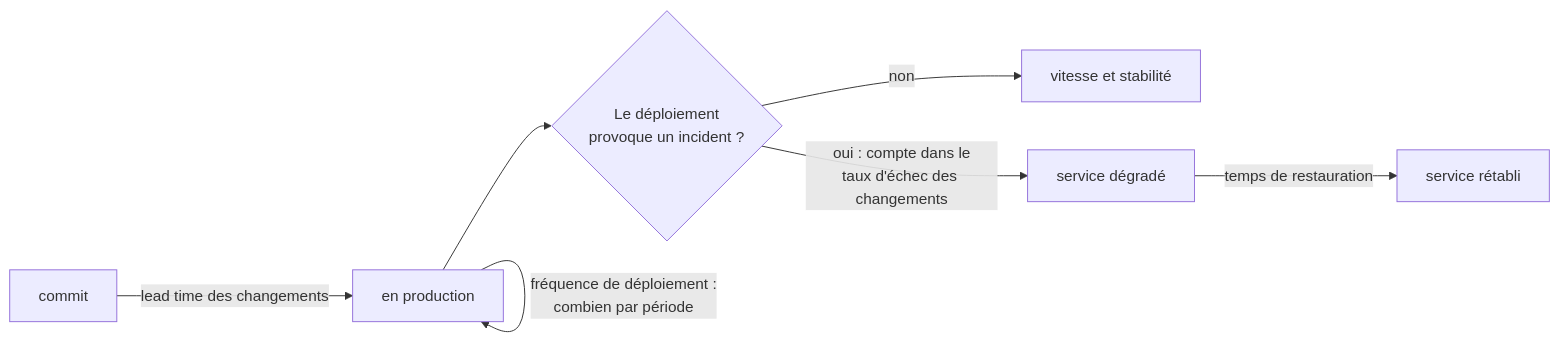
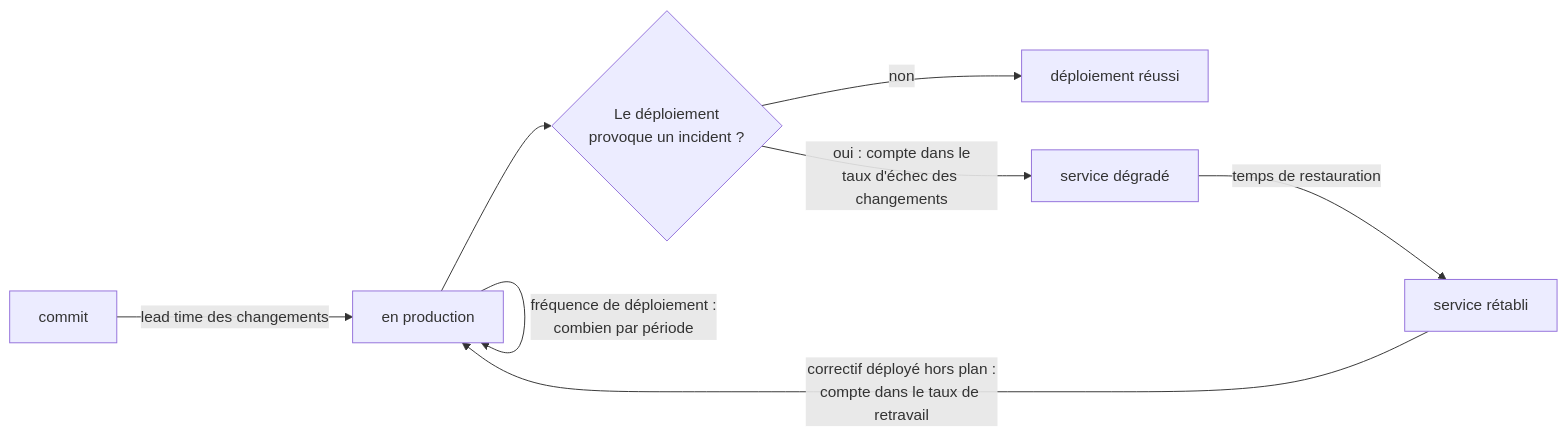
One commit to vincentbaticle/reminder changed the seventh of 9 diagrams in docs/knowledge/livraison.md. Above: the diagram before and after it, drawn with Mermaid. The commit also changed other lines of this file and 55 other files, not shown here.

````diff
--- a/docs/knowledge/livraison.md
+++ b/docs/knowledge/livraison.md
@@ -662,9 +665,10 @@
 ```mermaid
 flowchart LR
   C[commit] -->|"lead time des changements"| P[en production]
   P -->|"fréquence de déploiement :<br/>combien par période"| P
   P --> Q{Le déploiement<br/>provoque un incident ?}
-  Q -->|"non"| OK[vitesse et stabilité]
+  Q -->|"non"| OK[déploiement réussi]
   Q -->|"oui : compte dans le<br/>taux d'échec des changements"| I[service dégradé]
   I -->|"temps de restauration"| R[service rétabli]
+  R -->|"correctif déployé hors plan :<br/>compte dans le taux de retravail"| P
 ```
````
